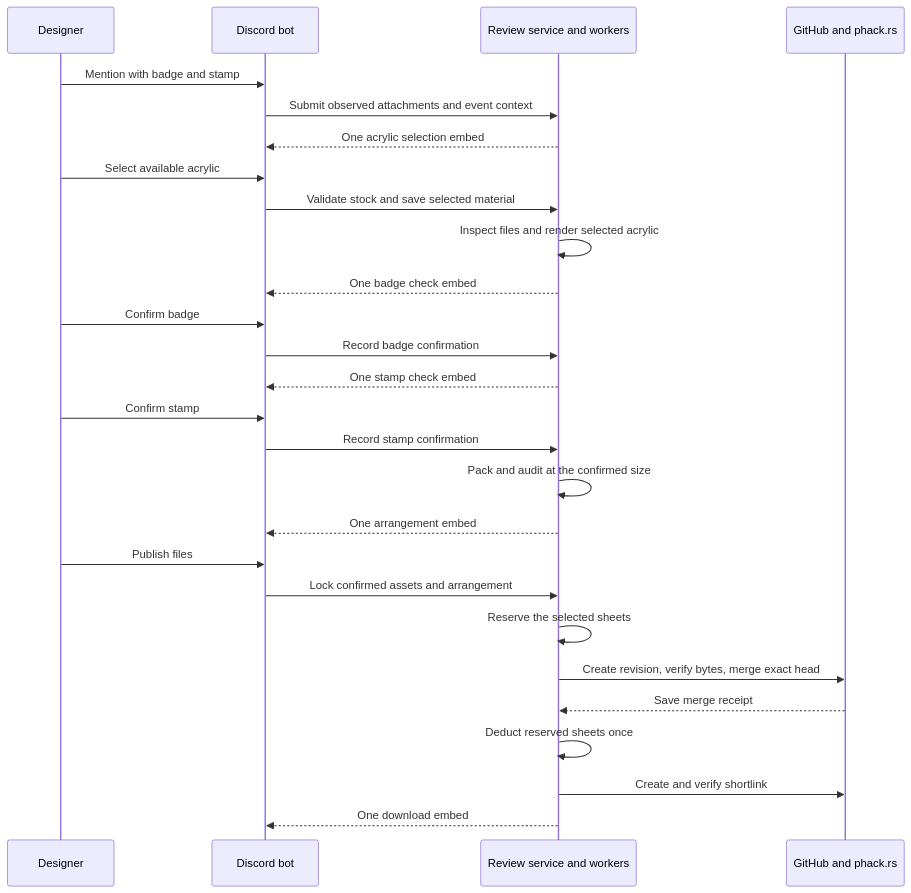
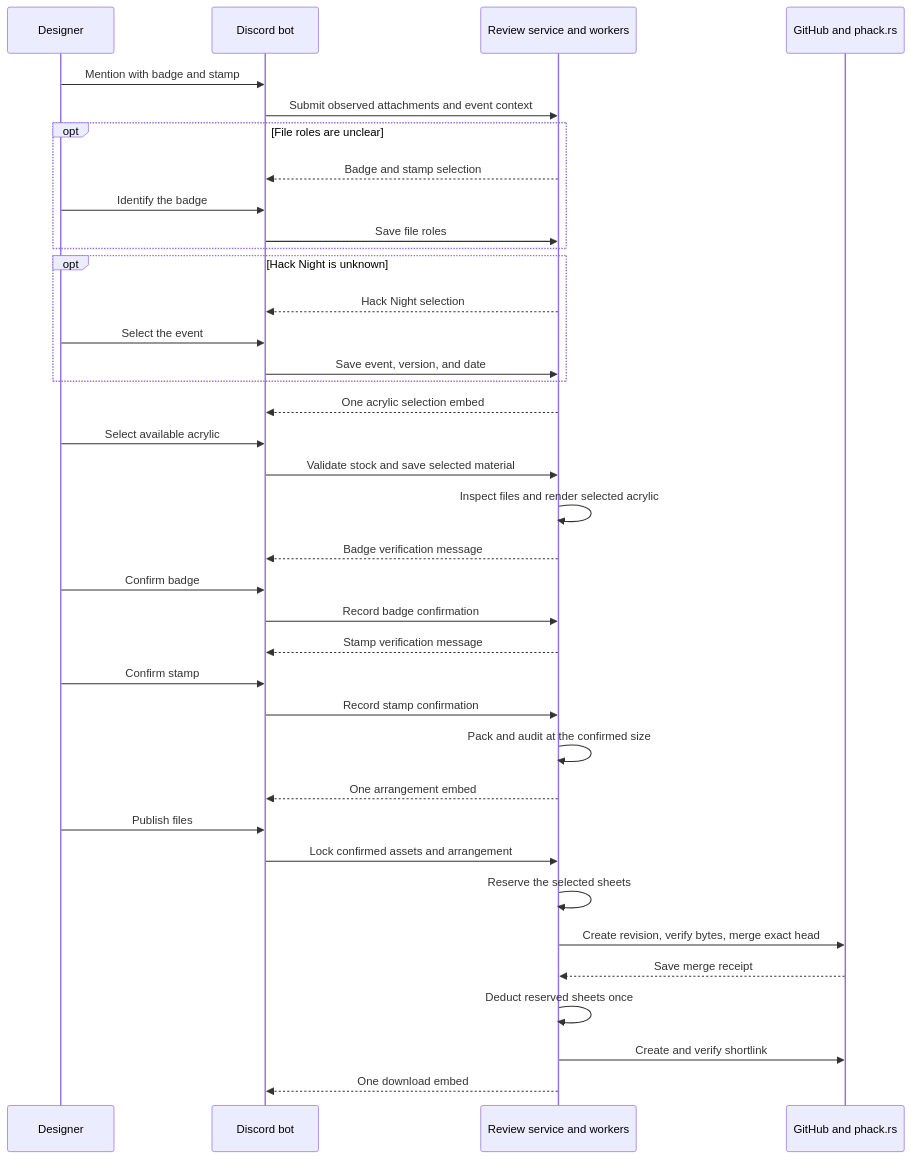
One commit to purduehackers/wack-hacker changed the second of 2 diagrams in docs/badge-review.md. Above: the diagram before and after it, drawn with Mermaid. The commit also changed other lines of this file and 8 other files, not shown here.

Commit message:
Select Hack Night before acrylic and verification

````diff
--- a/docs/badge-review.md
+++ b/docs/badge-review.md
@@ -122,29 +124,39 @@
 ```mermaid
 sequenceDiagram
   participant D as Designer
   participant B as Discord bot
   participant S as Review service and workers
   participant G as GitHub and phack.rs
   D->>B: Mention with badge and stamp
   B->>S: Submit observed attachments and event context
+  opt File roles are unclear
+    S-->>B: Badge and stamp selection
+    D->>B: Identify the badge
+    B->>S: Save file roles
+  end
+  opt Hack Night is unknown
+    S-->>B: Hack Night selection
+    D->>B: Select the event
+    B->>S: Save event, version, and date
+  end
   S-->>B: One acrylic selection embed
   D->>B: Select available acrylic
   B->>S: Validate stock and save selected material
   S->>S: Inspect files and render selected acrylic
-  S-->>B: One badge check embed
+  S-->>B: Badge verification message
   D->>B: Confirm badge
   B->>S: Record badge confirmation
-  S-->>B: One stamp check embed
+  S-->>B: Stamp verification message
   D->>B: Confirm stamp
   B->>S: Record stamp confirmation
   S->>S: Pack and audit at the confirmed size
   S-->>B: One arrangement embed
   D->>B: Publish files
   B->>S: Lock confirmed assets and arrangement
   S->>S: Reserve the selected sheets
   S->>G: Create revision, verify bytes, merge exact head
   G-->>S: Save merge receipt
   S->>S: Deduct reserved sheets once
   S->>G: Create and verify shortlink
   S-->>B: One download embed
 ```
````
